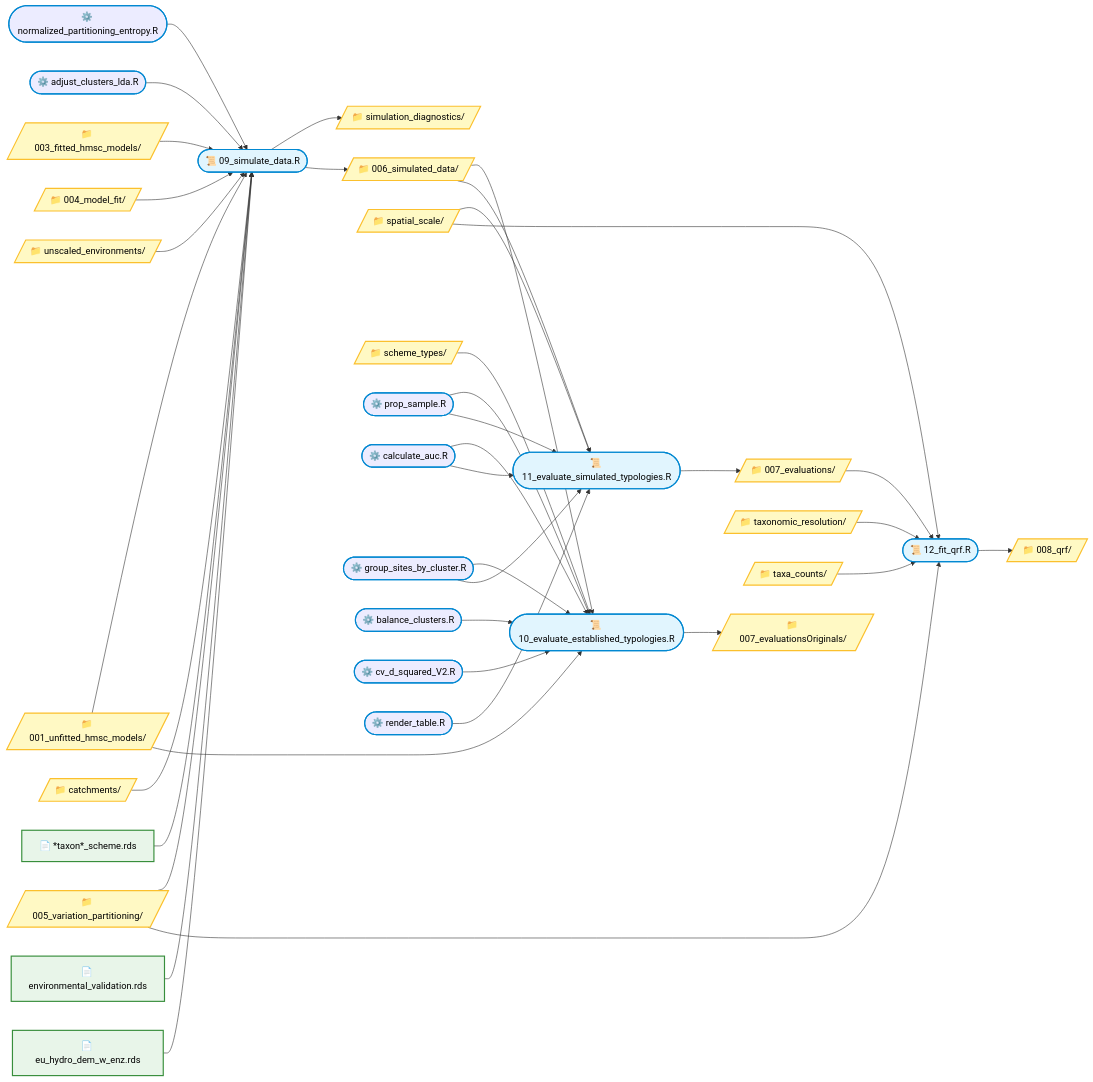
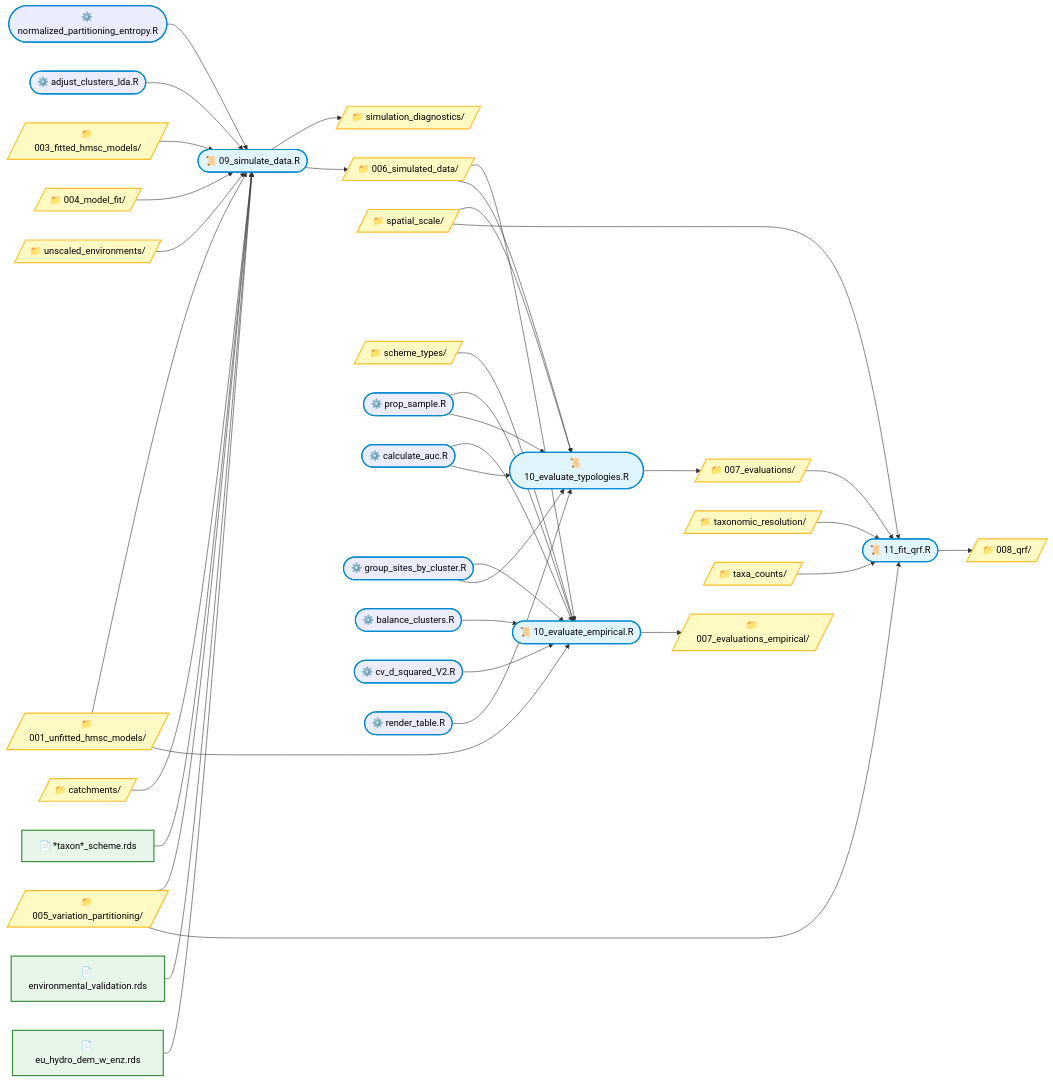
One commit to JonJup/FreshwaterTypologyBenchmarks changed the diagram in docs/03_simulation_evaluation_qrf.md. Above: the diagram before and after it, drawn with Mermaid.

```diff
--- a/docs/03_simulation_evaluation_qrf.md
+++ b/docs/03_simulation_evaluation_qrf.md
@@ -9,9 +9,9 @@
 
 %% 2. Define Scripts (Stadium shape)
 S1(["📜 09_simulate_data.R"]):::script
-S2(["📜 10_evaluate_established_typologies.R"]):::script
-S3(["📜 11_evaluate_simulated_typologies.R"]):::script
-S4(["📜 12_fit_qrf.R"]):::script
+S2(["📜 10_evaluate_empirical.R"]):::script
+S3(["📜 10_evaluate_typologies.R"]):::script
+S4(["📜 11_fit_qrf.R"]):::script
 	
 %% 3. Define Files (Standard rectangle)
 F1["📄 *taxon*_scheme.rds"]:::file
@@ -30,7 +30,7 @@
 D8[/"📁 006_simulated_data/"/]:::folder
 D9[/"📁 spatial_scale/"/]:::folder
 D10[/"📁 scheme_types/"/]:::folder
-D11[/"📁 007_evaluationsOriginals/"/]:::folder
+D11[/"📁 007_evaluations_empirical/"/]:::folder
 D12[/"📁 007_evaluations/"/]:::folder
 D13[/"📁 008_qrf/"/]:::folder
 D14[/"📁 taxonomic_resolution/"/]:::folder
```
